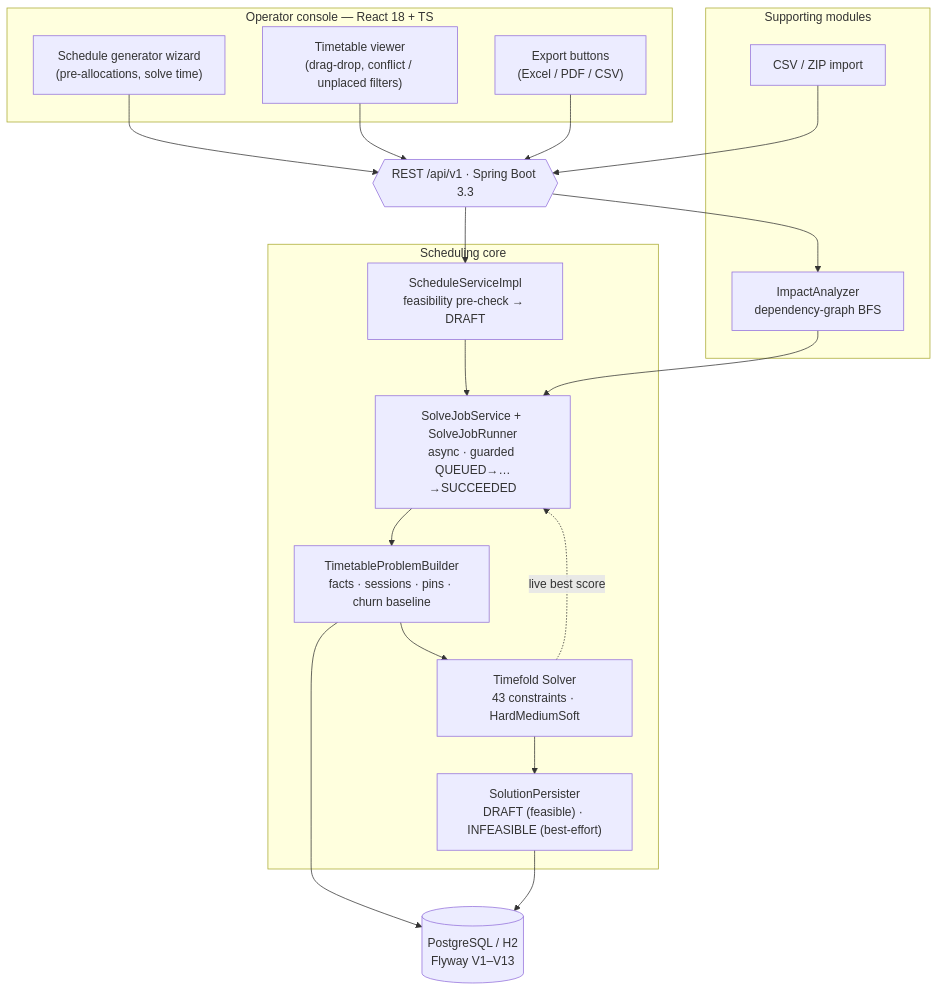
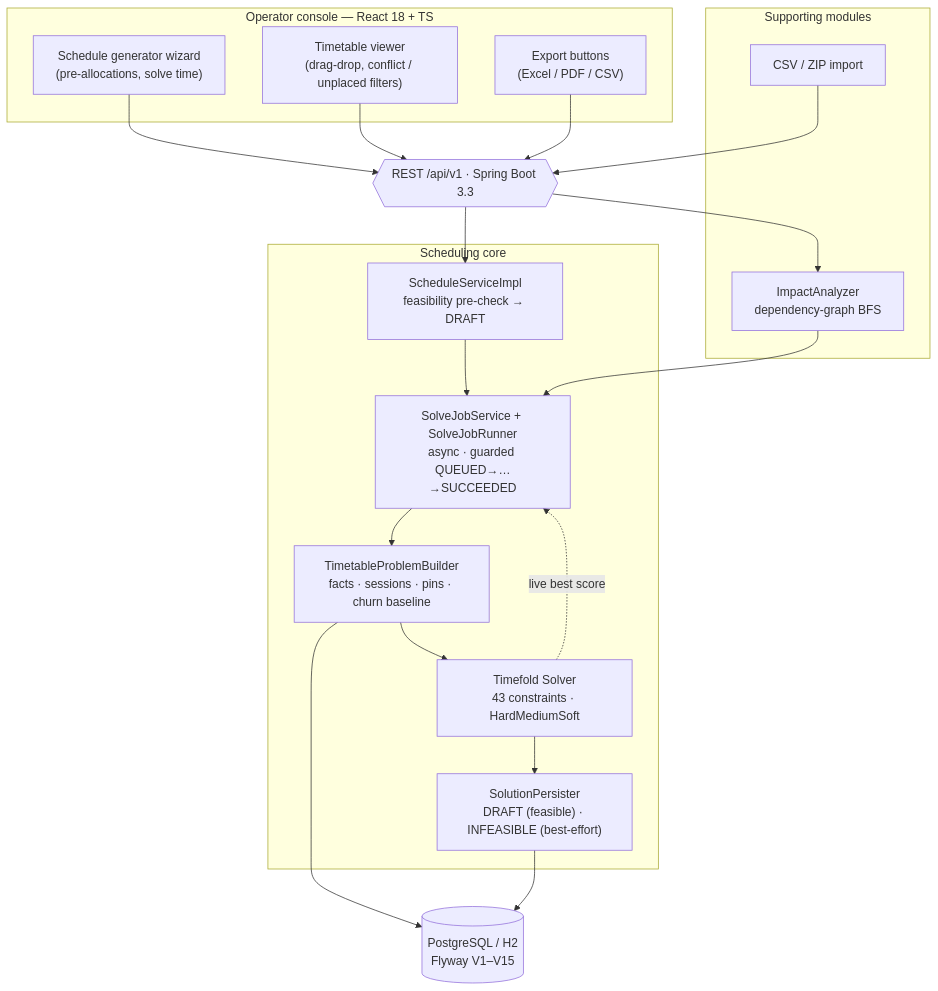
One commit to projectARARE/ARARE changed the diagram in README.md. Above: the diagram before and after it, drawn with Mermaid. The commit also changed 191 other files, not shown here.

````diff
--- a/README.md
+++ b/README.md
@@ -11,35 +11,35 @@
 ```mermaid
 flowchart TB
     subgraph UI["Operator console — React 18 + TS"]
         WIZ["Schedule generator wizard\n(pre-allocations, solve time)"]
         VIEW["Timetable viewer\n(drag-drop, conflict / unplaced filters)"]
         EX["Export buttons\n(Excel / PDF / CSV)"]
     end
     API{{"REST /api/v1 · Spring Boot 3.3"}}
     subgraph CORE["Scheduling core"]
         SVC["ScheduleServiceImpl\nfeasibility pre-check → DRAFT"]
         JOB["SolveJobService + SolveJobRunner\nasync · guarded QUEUED→…→SUCCEEDED"]
         BUILD["TimetableProblemBuilder\nfacts · sessions · pins · churn baseline"]
         SOLVER["Timefold Solver\n43 constraints · HardMediumSoft"]
         PERSIST["SolutionPersister\nDRAFT (feasible) · INFEASIBLE (best-effort)"]
     end
     subgraph SPT["Supporting modules"]
         IMP["ImpactAnalyzer\ndependency-graph BFS"]
         DI["CSV / ZIP import"]
     end
-    DB[("PostgreSQL / H2\nFlyway V1–V13")]
+    DB[("PostgreSQL / H2\nFlyway V1–V15")]
     WIZ --> API
     VIEW --> API
     EX --> API
     DI --> API
     API --> SVC
     API --> IMP
     SVC --> JOB
     JOB --> BUILD
     BUILD --> SOLVER
     SOLVER --> PERSIST
     IMP --> JOB
     BUILD --> DB
     PERSIST --> DB
     SOLVER -. "live best score" .-> JOB
 ```
````
